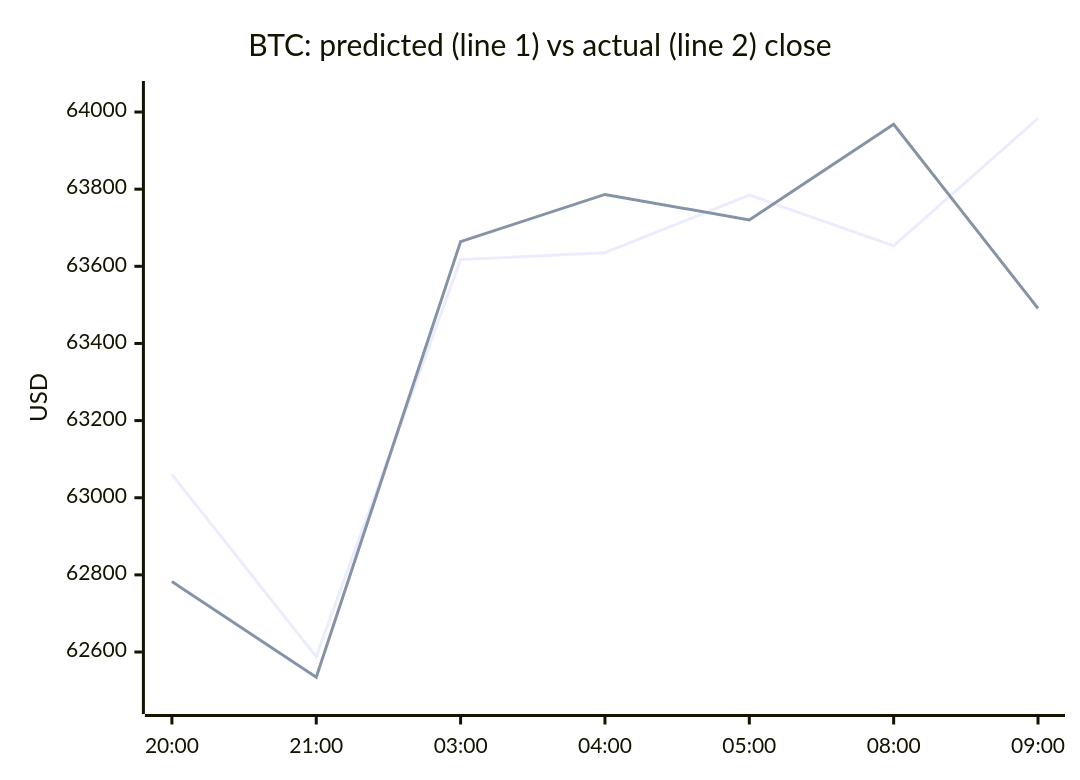
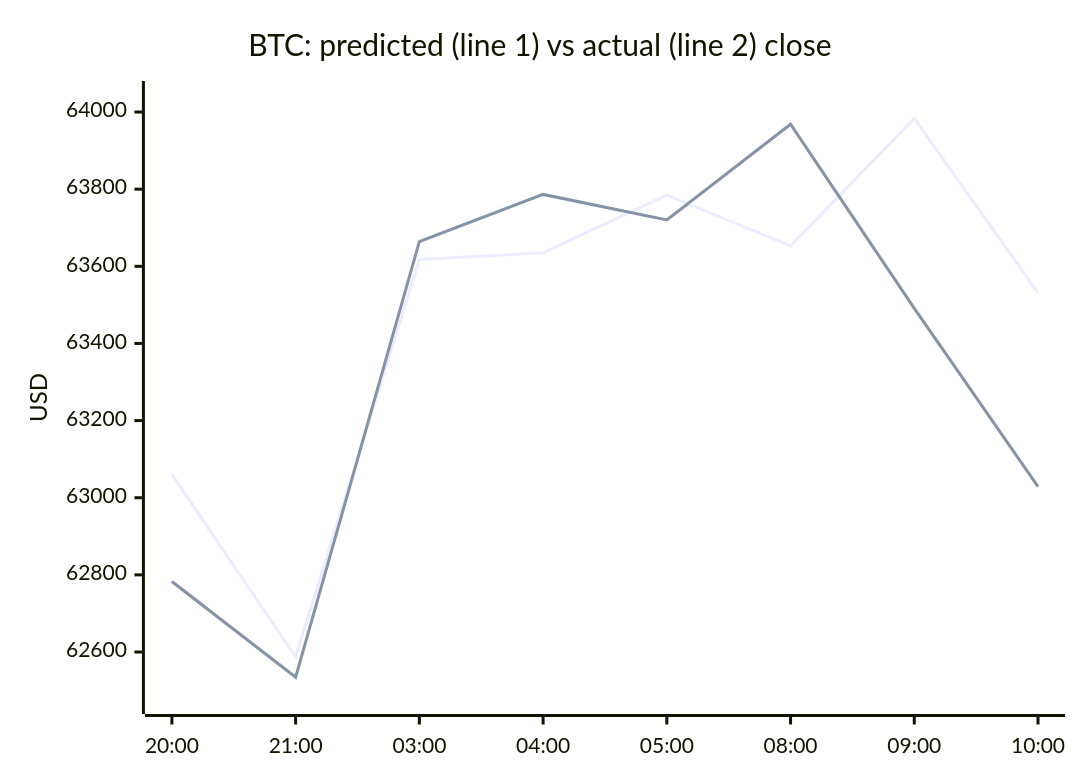
Before and after one commit to samuelkreitl-wq/crypto-hourly-forecaster: the first of 4 diagrams in README.md, drawn with Mermaid. The commit also changed other lines of this file and 14 other files, not shown here.

````diff
--- a/README.md
+++ b/README.md
@@ -38,8 +38,8 @@
 ```mermaid
 xychart-beta
     title "BTC: predicted (line 1) vs actual (line 2) close"
-    x-axis ["20:00", "21:00", "03:00", "04:00", "05:00", "08:00", "09:00"]
+    x-axis ["20:00", "21:00", "03:00", "04:00", "05:00", "08:00", "09:00", "10:00"]
     y-axis "USD" 62472.3651 --> 64047.4023
-    line [63060.3716, 62587.6439, 63617.4254, 63635.2318, 63784.5035, 63653.0941, 63983.4189]
-    line [62782.7000, 62534.9000, 63664.0000, 63786.4000, 63720.2000, 63968.3000, 63491.0000]
+    line [63060.3716, 62587.6439, 63617.4254, 63635.2318, 63784.5035, 63653.0941, 63983.4189, 63531.0235]
+    line [62782.7000, 62534.9000, 63664.0000, 63786.4000, 63720.2000, 63968.3000, 63491.0000, 63028.9000]
 ```
````
